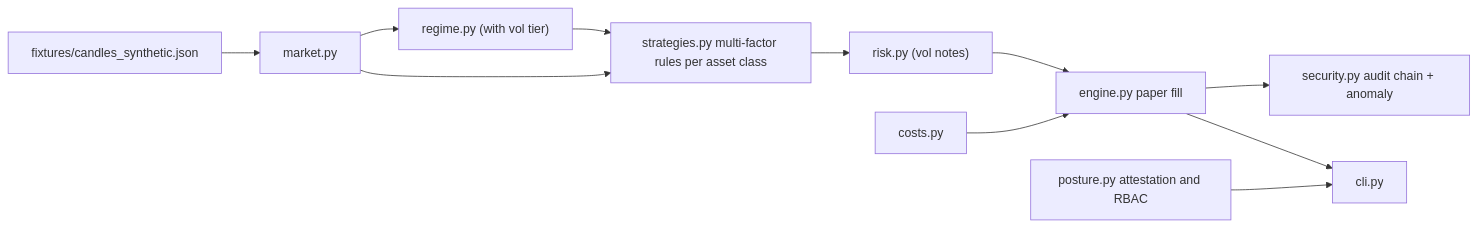
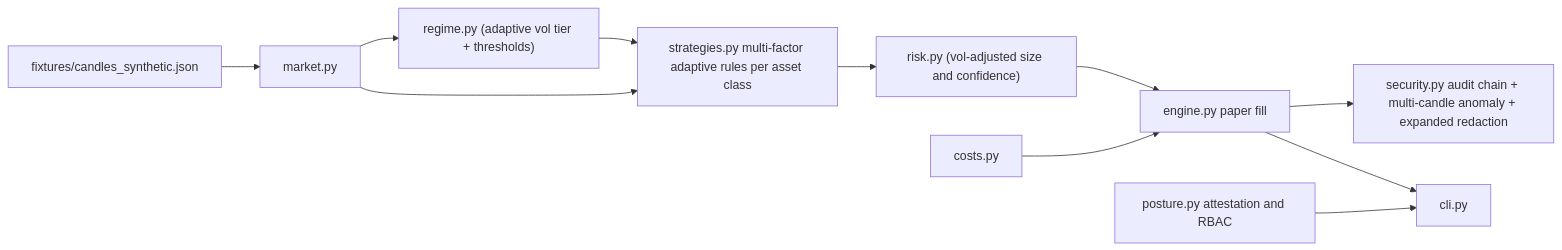
The diagram in docs/architecture.md (kkzee92/aixtech-crypto-intel-enhanced), drawn with Mermaid before and after one commit. The commit also changed other lines of this file, not shown here.

Commit message:
Update architecture notes to v0.6

````diff
--- a/docs/architecture.md
+++ b/docs/architecture.md
@@ -3,13 +3,13 @@
 ```mermaid
 flowchart LR
     FX["fixtures/candles_synthetic.json"] --> M["market.py"]
-    M --> RG["regime.py (with vol tier)"]
-    M --> ST["strategies.py multi-factor rules per asset class"]
+    M --> RG["regime.py (adaptive vol tier + thresholds)"]
+    M --> ST["strategies.py multi-factor adaptive rules per asset class"]
     RG --> ST
-    ST --> RK["risk.py (vol notes)"]
+    ST --> RK["risk.py (vol-adjusted size and confidence)"]
     CS["costs.py"] --> EN["engine.py paper fill"]
     RK --> EN
-    EN --> AU["security.py audit chain + anomaly"]
+    EN --> AU["security.py audit chain + multi-candle anomaly + expanded redaction"]
     PS["posture.py attestation and RBAC"] --> CLI["cli.py"]
     EN --> CLI
 ```
````
